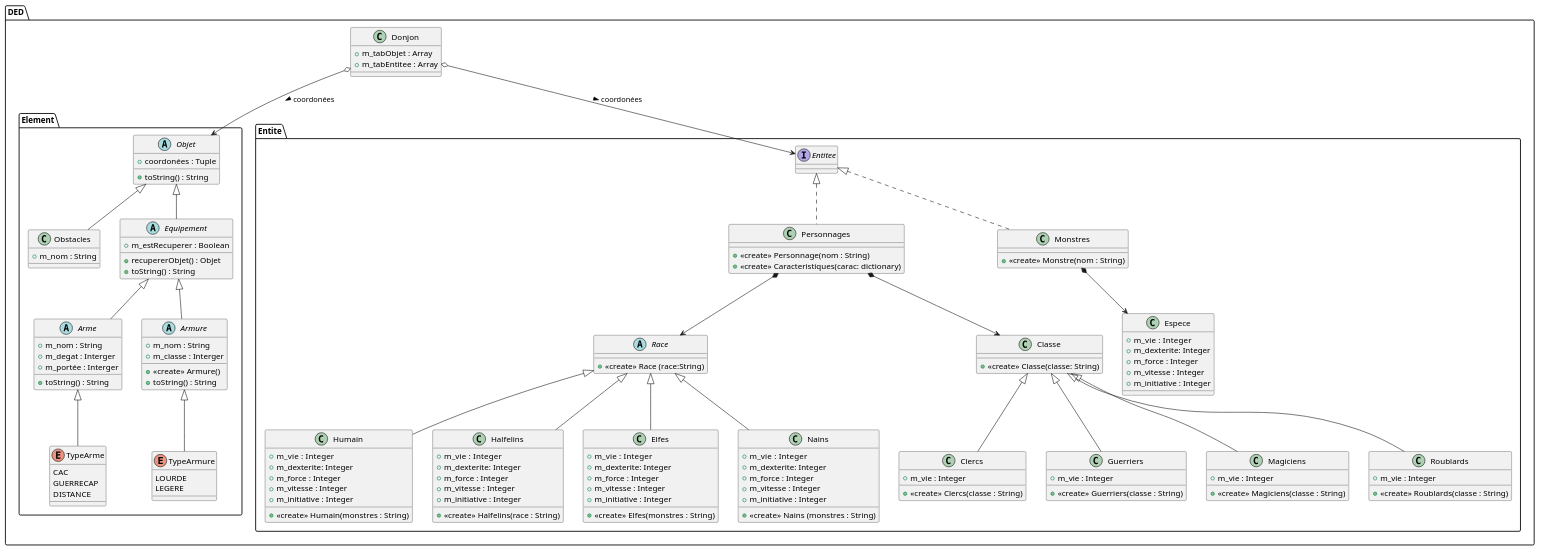
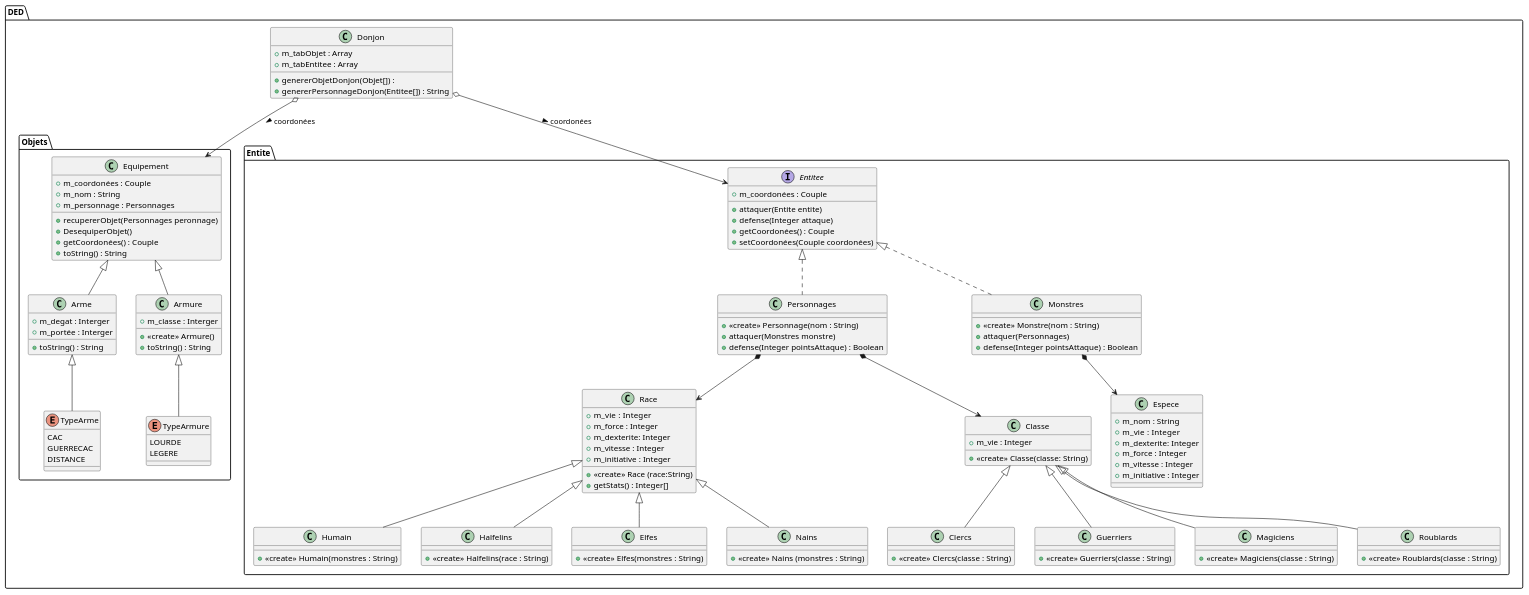
The diagram in uml/uml.puml (prise12/Donjons-et-Dragons), drawn with PlantUML before and after one commit. The commit also changed 7 other files, not shown here.

```diff
--- a/uml/uml.puml
+++ b/uml/uml.puml
@@ -3,182 +1,175 @@
 @startuml
 'https://plantuml.com/class-diagram
 scale 1
 
 package DED{
 
-    package Element {
+    package Objets {
 
-        abstract Objet
-        {
 
-            + coordonées : Tuple
+
+        class Equipement {
+            + m_coordonées : Couple
+            + m_nom : String
+            + m_personnage : Personnages
+            + recupererObjet(Personnages peronnage)
+            + DesequiperObjet()
+            + getCoordonées() : Couple
             + toString() : String
 
         }
 
-        class Obstacles extends Objet
+        class Arme extends Equipement
         {
-            + m_nom : String
-        }
 
-        abstract Equipement extends Objet
-        {
-            + m_estRecuperer : Boolean
-            + recupererObjet() : Objet
-            + toString() : String
-
-        }
-
-        abstract class Arme extends Equipement
-        {
-                + m_nom : String
                 + m_degat : Interger
                 + m_portée : Interger
                 + toString() : String
         }
 
         enum TypeArme extends Arme
         {
             CAC
-            GUERRECAP
+            GUERRECAC
             DISTANCE
         }
 
-        abstract class Armure extends Equipement
+        class Armure extends Equipement
         {
-                +<<create>> Armure()
-                +m_nom : String
+                + <<create>> Armure()
                 + m_classe : Interger
                 + toString() : String
         }
 
         enum TypeArmure    extends Armure
         {
             LOURDE
             LEGERE
         }
 
     }
 
     package Entite {
             interface Entitee
             {
-
+                + m_coordonées : Couple
+                + attaquer(Entite entite)
+                + defense(Integer attaque)
+                + getCoordonées() : Couple
+                + setCoordonées(Couple coordonées)
             }
 
             class Personnages implements Entitee
             {
                 +<<create>> Personnage(nom : String)
-                +<<create>> Caracteristiques(carac: dictionary)
+                +attaquer(Monstres monstre)
+                +defense(Integer pointsAttaque) : Boolean
             }
 
-            abstract class Race
+            class Race
             {
-                +<<create>> Race (race:String)
+                + <<create>> Race (race:String)
+                + m_vie  : Integer
+                + m_force : Integer
+                + m_dexterite: Integer
+                + m_vitesse : Integer
+                + m_initiative : Integer
+                + getStats() : Integer[]
 
             }
 
             class Humain extends Race
             {
                 +<<create>> Humain(monstres : String)
-                +m_vie  : Integer
-                +m_dexterite: Integer
-                +m_force : Integer
-                +m_vitesse : Integer
-                +m_initiative : Integer
+
             }
 
             class Halfelins extends Race
             {
                 +<<create>> Halfelins(race : String)
-                +m_vie  : Integer
-                +m_dexterite: Integer
-                +m_force : Integer
-                +m_vitesse : Integer
-                +m_initiative : Integer
+
             }
 
             class Elfes extends Race
             {
                 +<<create>> Elfes(monstres : String)
-                +m_vie  : Integer
-                +m_dexterite: Integer
-                +m_force : Integer
-                +m_vitesse : Integer
-                +m_initiative : Integer
+
             }
 
             class Nains extends Race
             {
                 +<<create>> Nains (monstres : String)
-                +m_vie  : Integer
-                +m_dexterite: Integer
-                +m_force : Integer
-                +m_vitesse : Integer
-                +m_initiative : Integer
+
             }
 
             class Classe
             {
                 +<<create>> Classe(classe: String)
+                +m_vie : Integer
             }
 
             class Clercs extends Classe
             {
                 +<<create>> Clercs(classe : String)
-                +m_vie : Integer
+
 
             }
 
             class Guerriers extends Classe
             {
                 +<<create>> Guerriers(classe : String)
-                +m_vie : Integer
+
             }
 
             class Magiciens extends Classe
             {
                 +<<create>> Magiciens(classe : String)
-                +m_vie : Integer
             }
 
             class Roublards extends Classe
             {
                 +<<create>> Roublards(classe : String)
-                +m_vie : Integer
             }
 
             class Monstres implements Entitee
             {
                 +<<create>> Monstre(nom : String)
+                +attaquer(Personnages)
+                +defense(Integer pointsAttaque) : Boolean
             }
 
             class Espece
             {
+                +m_nom : String
                 +m_vie  : Integer
                 +m_dexterite: Integer
                 +m_force : Integer
                 +m_vitesse : Integer
                 +m_initiative : Integer
             }
 
     }
+
+
     class Donjon
     {
+
         + m_tabObjet : Array
         + m_tabEntitee : Array
+        + genererObjetDonjon(Objet[]) :
+        + genererPersonnageDonjon(Entitee[]) : String
     }
 
 }
 
 
-Donjon o--> Objet : > coordonées
+Donjon o--> Equipement : > coordonées
 Donjon o--> Entitee: > coordonées
 Personnages *--> Race
 Personnages *--> Classe
 Monstres *--> Espece
 
 
 
 
 @enduml
```
